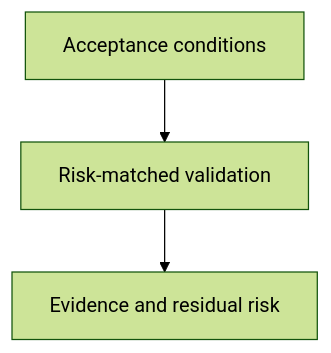
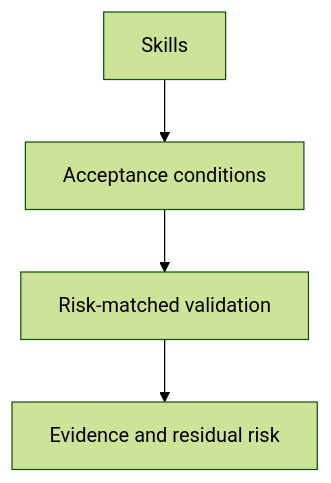
Before and after one commit to abstract-business-systems/as-is: the diagram in skills/verification-discipline/as-is.md, drawn with Mermaid (forest theme). The commit also changed other lines of this file and 16 other files, not shown here.

Commit message:
docs(skills): add parent navigation to component records

````diff
--- a/skills/verification-discipline/as-is.md
+++ b/skills/verification-discipline/as-is.md
@@ -14,5 +16,7 @@
 ```mermaid
 flowchart TD
-    A["Acceptance conditions"] --> B["Risk-matched validation"]
+    Parent["Skills"] --> A["Acceptance conditions"] --> B["Risk-matched validation"]
     B --> C["Evidence and residual risk"]
+
+    click Parent href "../as-is.md#design" "Open Skills design"
 ```
````
